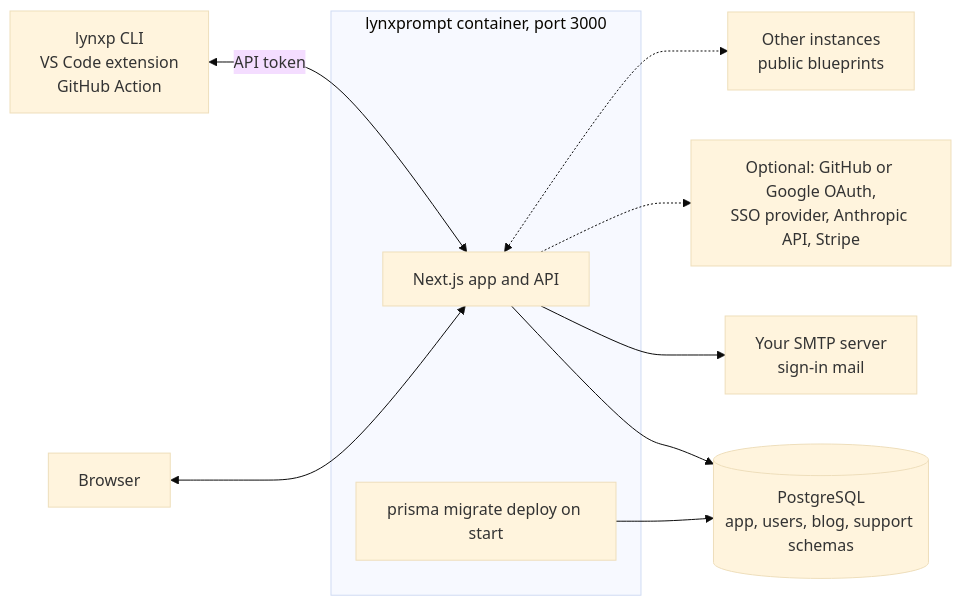
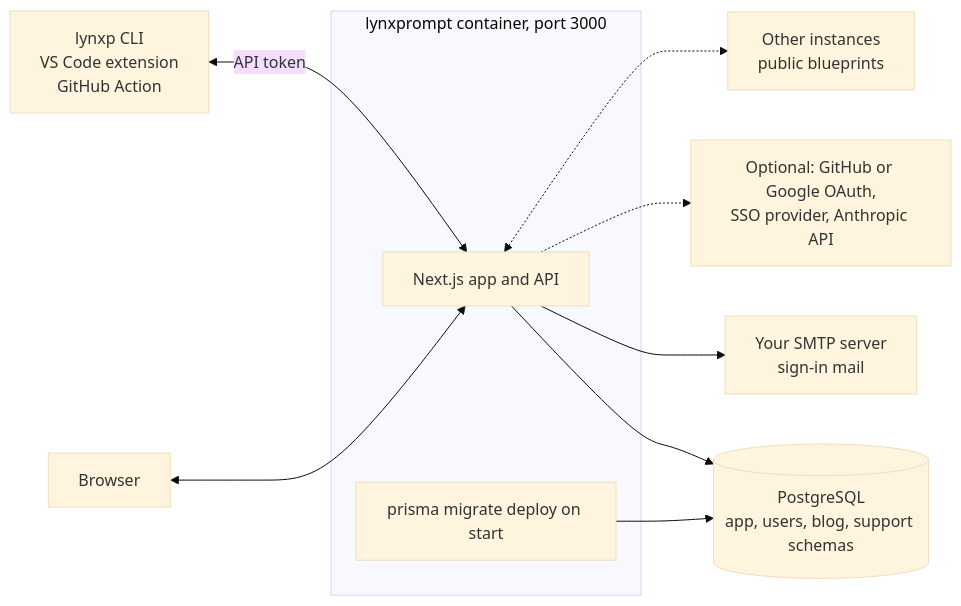
Before and after one commit to GeiserX/LynxPrompt: the diagram in docs/index.md, drawn with Mermaid (base theme). The commit also changed 6 other files, not shown here.

````diff
--- a/docs/index.md
+++ b/docs/index.md
@@ -87,21 +87,21 @@
 ```mermaid
 flowchart LR
     BR[Browser]
     CLI[lynxp CLI<br/>VS Code extension<br/>GitHub Action]
     subgraph app [lynxprompt container, port 3000]
         WEB[Next.js app and API]
         MIG[prisma migrate deploy on start]
     end
     DB[(PostgreSQL<br/>app, users, blog, support schemas)]
     SMTP[Your SMTP server<br/>sign-in mail]
-    OPT[Optional: GitHub or Google OAuth,<br/>SSO provider, Anthropic API, Stripe]
+    OPT[Optional: GitHub or Google OAuth,<br/>SSO provider, Anthropic API]
     FED[Other instances<br/>public blueprints]
 
     BR <--> WEB
     CLI <-->|API token| WEB
     WEB --> DB
     MIG --> DB
     WEB --> SMTP
     WEB -.-> OPT
     WEB <-.-> FED
 ```
````
